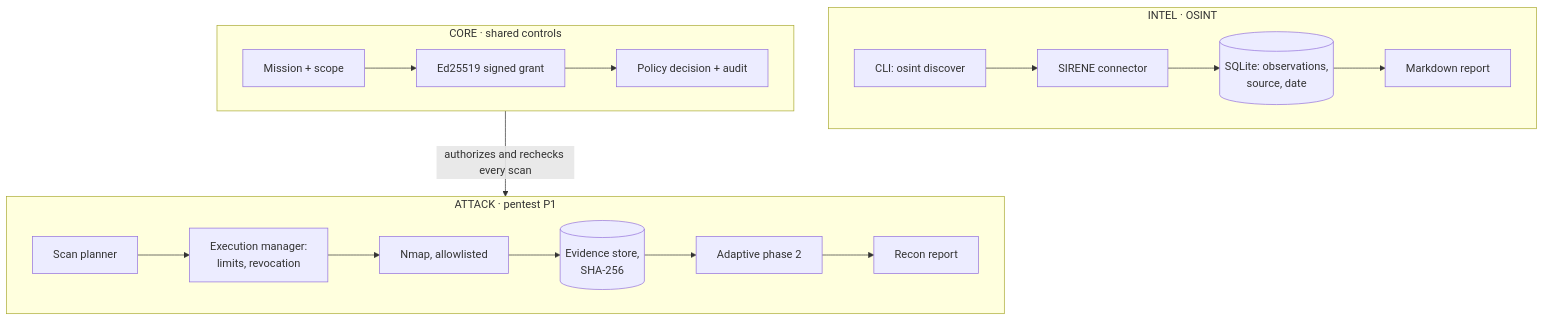
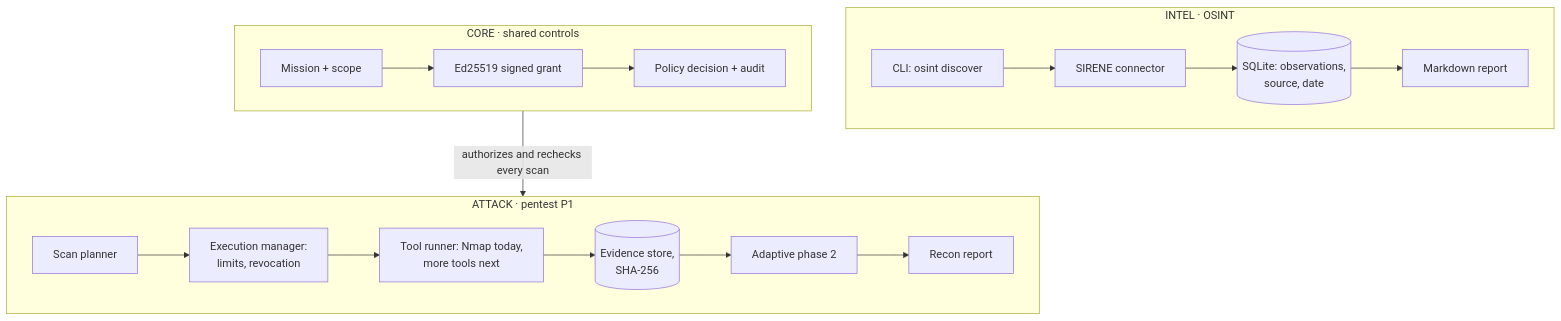
The diagram in README.md (JN13012/Argos), drawn with Mermaid before and after one commit. The commit also changed other lines of this file and 14 other files, not shown here.

````diff
--- a/README.md
+++ b/README.md
@@ -77,16 +89,16 @@
 ```mermaid
 flowchart TB
   subgraph INTEL["INTEL · OSINT"]
     direction LR
     CLI[CLI: osint discover] --> SIR[SIRENE connector] --> OBS[(SQLite: observations,<br>source, date)] --> REP[Markdown report]
   end
   subgraph CORE["CORE · shared controls"]
     direction LR
     MIS[Mission + scope] --> SIG[Ed25519 signed grant] --> POL[Policy decision + audit]
   end
   subgraph ATTACK["ATTACK · pentest P1"]
     direction LR
-    PLAN[Scan planner] --> EXE[Execution manager:<br>limits, revocation] --> NMAP[Nmap, allowlisted] --> EVI[(Evidence store,<br>SHA-256)] --> ADA[Adaptive phase 2] --> REC[Recon report]
+    PLAN[Scan planner] --> EXE[Execution manager:<br>limits, revocation] --> NMAP[Tool runner: Nmap today,<br>more tools next] --> EVI[(Evidence store,<br>SHA-256)] --> ADA[Adaptive phase 2] --> REC[Recon report]
   end
   CORE -- authorizes and rechecks every scan --> ATTACK
 ```
````
